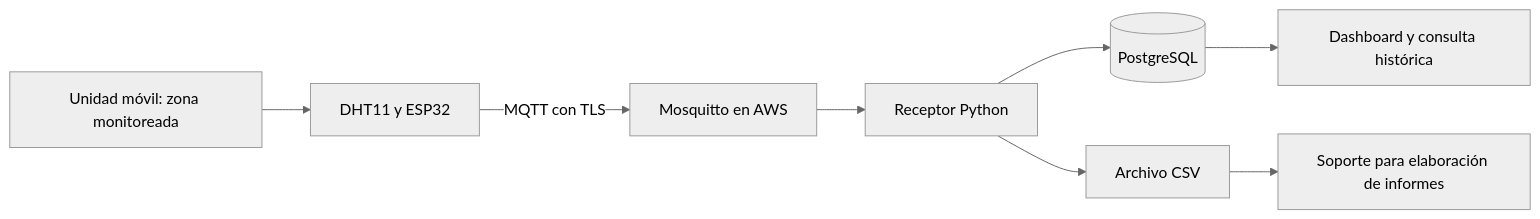
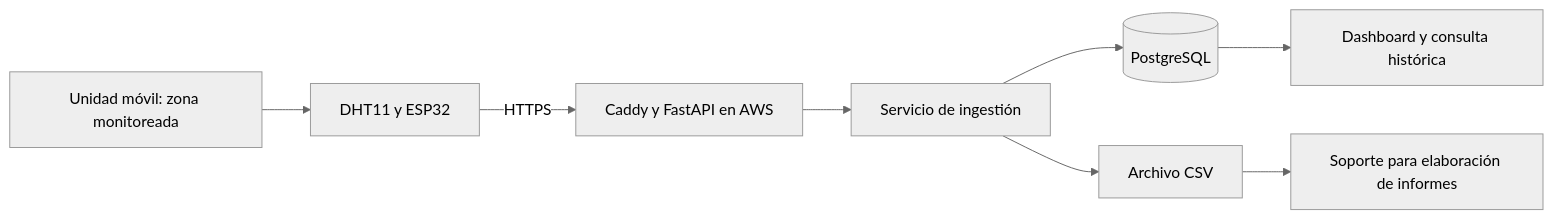
Before and after one commit to didcasva/Actividad_1_IoT_IA: the first of 3 diagrams in docs/modelo-datos-y-problematica.md, drawn with Mermaid (neutral theme). The commit also changed other lines of this file and 31 other files, not shown here.

First line of the commit message:
Dejar la rama solo con envio HTTP y HTTPS

````diff
--- a/docs/modelo-datos-y-problematica.md
+++ b/docs/modelo-datos-y-problematica.md
@@ -15,10 +15,10 @@
 ```mermaid
 flowchart LR
     A[Unidad móvil: zona monitoreada] --> B[DHT11 y ESP32]
-    B -->|MQTT con TLS| C[Mosquitto en AWS]
-    C --> D[Receptor Python]
+    B -->|HTTPS| C[Caddy y FastAPI en AWS]
+    C --> D[Servicio de ingestión]
     D --> E[(PostgreSQL)]
     D --> F[Archivo CSV]
     E --> G[Dashboard y consulta histórica]
     F --> H[Soporte para elaboración de informes]
 ```
````
